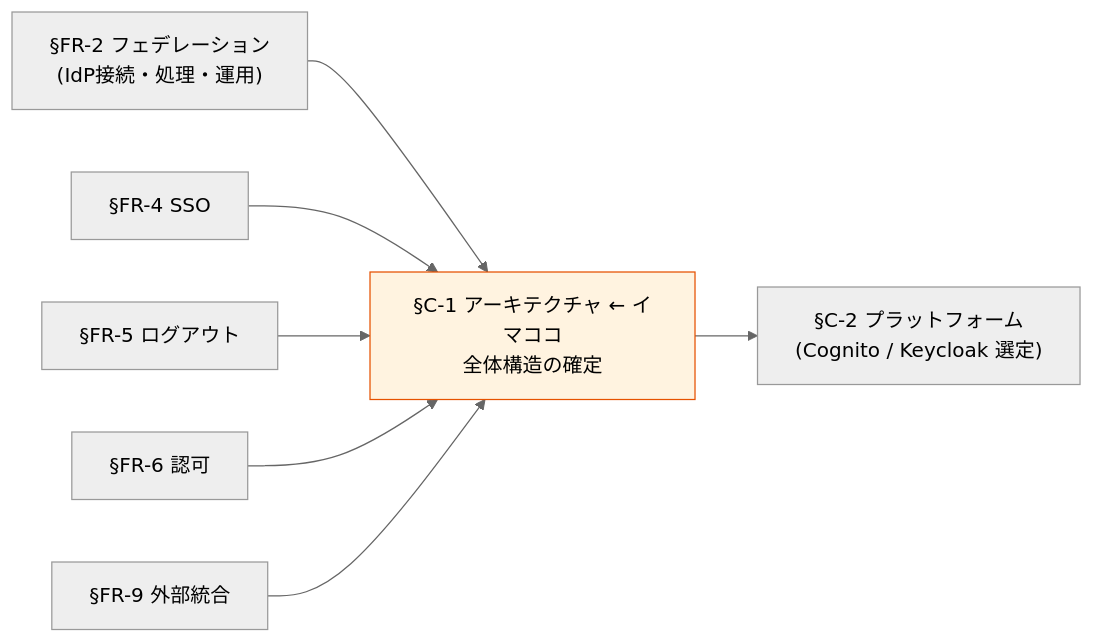
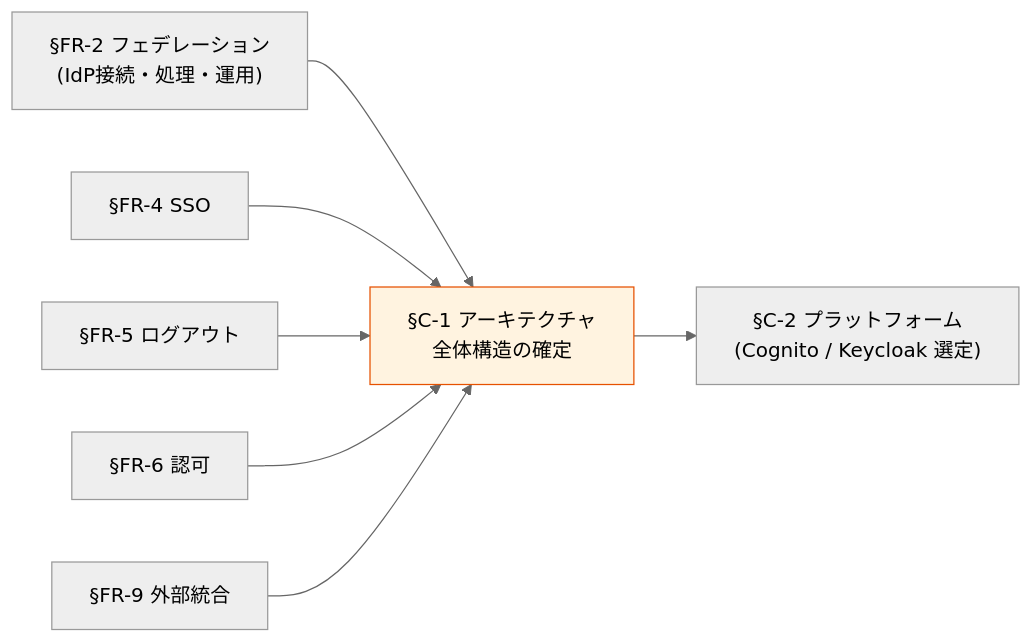
One commit to suepie/aws-atuh-poc changed the first of 6 diagrams in doc/requirements/proposal/common/01-architecture.md. Above: the diagram before and after it, drawn with Mermaid (neutral theme). The commit also changed other lines of this file and 5 other files, not shown here.

````diff
--- a/doc/requirements/proposal/common/01-architecture.md
+++ b/doc/requirements/proposal/common/01-architecture.md
@@ -23,19 +23,19 @@
 ```mermaid
 flowchart LR
     S3["§FR-2 フェデレーション<br/>(IdP接続・処理・運用)"]
     S5["§FR-4 SSO"]
     S6["§FR-5 ログアウト"]
     S7["§FR-6 認可"]
     S10["§FR-9 外部統合"]
-    S11["§C-1 アーキテクチャ ← イマココ<br/>全体構造の確定"]
+    S11["§C-1 アーキテクチャ<br/>全体構造の確定"]
     S12["§C-2 プラットフォーム<br/>(Cognito / Keycloak 選定)"]
 
     S3 --> S11
     S5 --> S11
     S6 --> S11
     S7 --> S11
     S10 --> S11
     S11 --> S12
 
     style S11 fill:#fff3e0,stroke:#e65100
 ```
````
